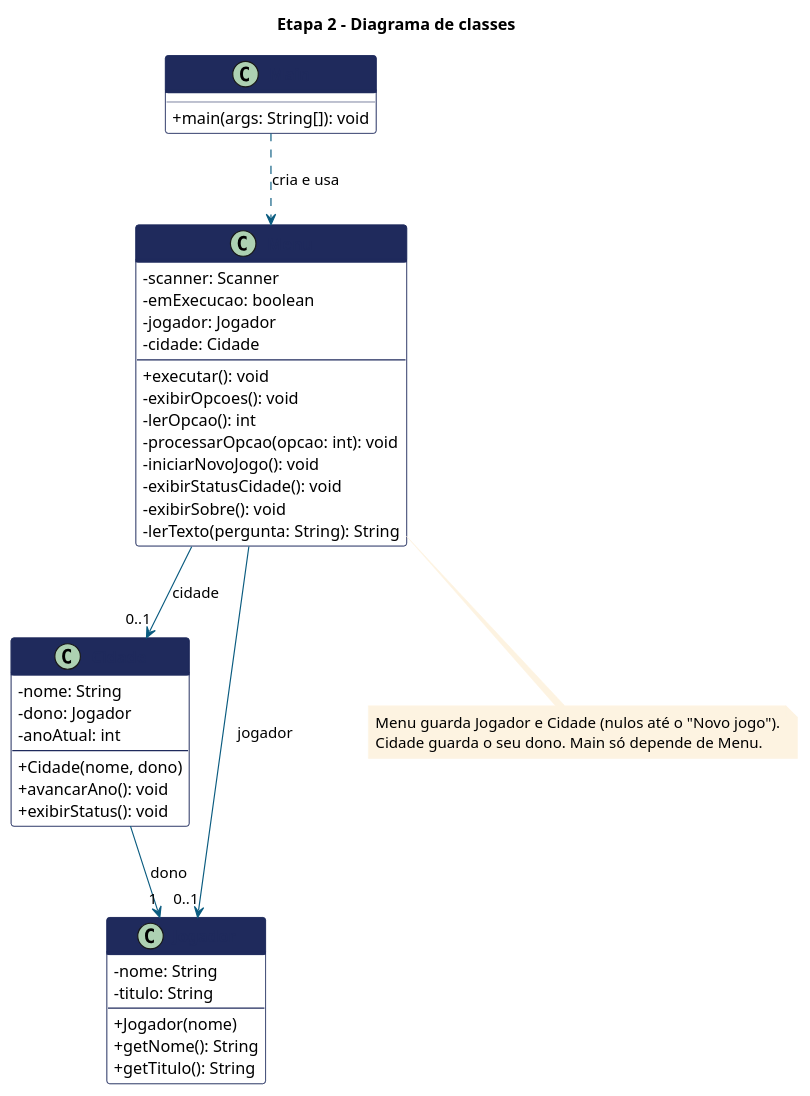
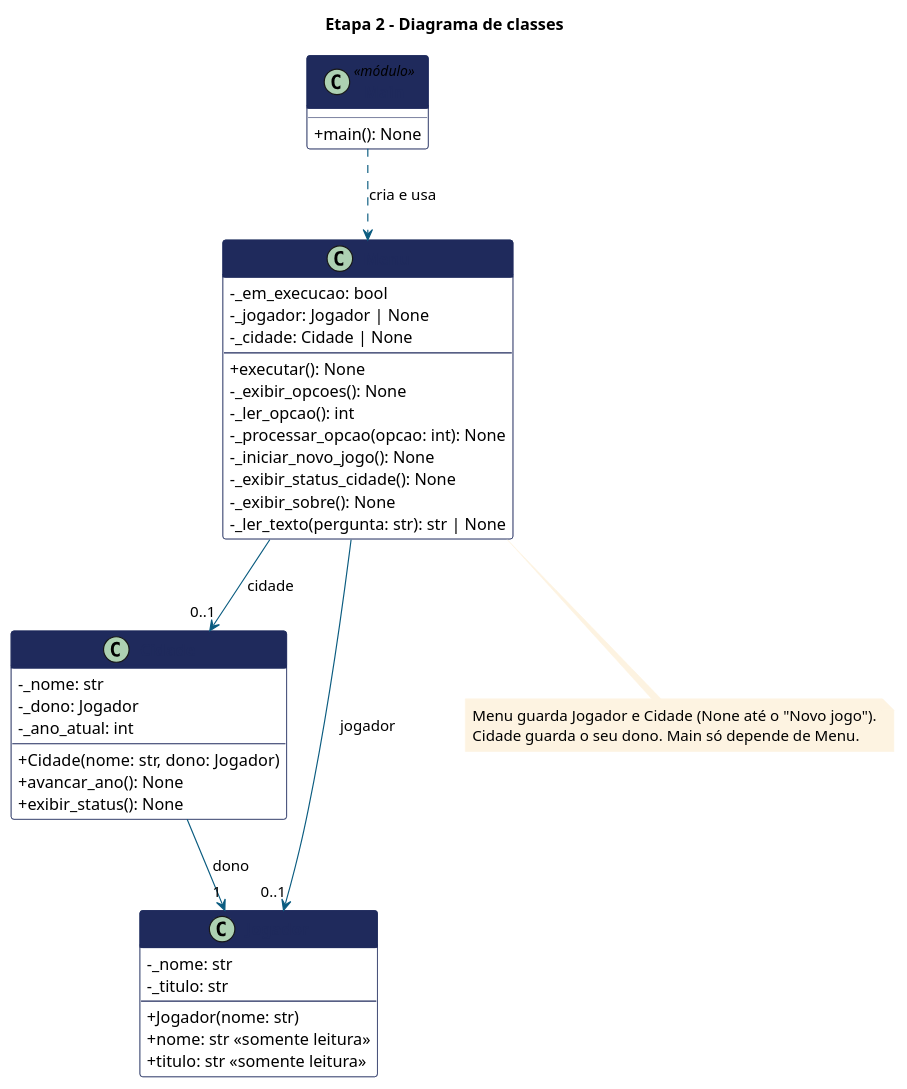
The diagram in uml/etapa2.puml (ValJr07/Bologna-Milano), drawn with PlantUML before and after one commit. The commit also changed 13 other files, not shown here.

```diff
--- a/uml/etapa2.puml
+++ b/uml/etapa2.puml
@@ -1,65 +1,64 @@
 @startuml
 skinparam classAttributeIconSize 0
 skinparam classFontStyle bold
 skinparam shadowing false
 skinparam class {
   BackgroundColor White
   BorderColor #1f2a5c
   HeaderBackgroundColor #1f2a5c
   FontColor #1f2a5c
 }
 skinparam ArrowColor #0b5c80
 skinparam NoteBackgroundColor #fdf3e1
 skinparam NoteBorderColor #fdf3e1
 
 title Etapa 2 - Diagrama de classes
 
-class Main {
-  + main(args: String[]): void
+class Main <<módulo>> {
+  + main(): None
 }
 
 class Menu {
-  - scanner: Scanner
-  - emExecucao: boolean
-  - jogador: Jogador
-  - cidade: Cidade
+  - _em_execucao: bool
+  - _jogador: Jogador | None
+  - _cidade: Cidade | None
   --
-  + executar(): void
-  - exibirOpcoes(): void
-  - lerOpcao(): int
-  - processarOpcao(opcao: int): void
-  - iniciarNovoJogo(): void
-  - exibirStatusCidade(): void
-  - exibirSobre(): void
-  - lerTexto(pergunta: String): String
+  + executar(): None
+  - _exibir_opcoes(): None
+  - _ler_opcao(): int
+  - _processar_opcao(opcao: int): None
+  - _iniciar_novo_jogo(): None
+  - _exibir_status_cidade(): None
+  - _exibir_sobre(): None
+  - _ler_texto(pergunta: str): str | None
 }
 
 class Cidade {
-  - nome: String
-  - dono: Jogador
-  - anoAtual: int
+  - _nome: str
+  - _dono: Jogador
+  - _ano_atual: int
   --
-  + Cidade(nome, dono)
-  + avancarAno(): void
-  + exibirStatus(): void
+  + Cidade(nome: str, dono: Jogador)
+  + avancar_ano(): None
+  + exibir_status(): None
 }
 
 class Jogador {
-  - nome: String
-  - titulo: String
+  - _nome: str
+  - _titulo: str
   --
-  + Jogador(nome)
-  + getNome(): String
-  + getTitulo(): String
+  + Jogador(nome: str)
+  + nome: str «somente leitura»
+  + titulo: str «somente leitura»
 }
 
 Main ..> Menu : cria e usa
 Menu --> "0..1" Cidade : cidade
 Menu --> "0..1" Jogador : jogador
 Cidade --> "1" Jogador : dono
 
 note bottom of Menu
-  Menu guarda Jogador e Cidade (nulos até o "Novo jogo").
+  Menu guarda Jogador e Cidade (None até o "Novo jogo").
   Cidade guarda o seu dono. Main só depende de Menu.
 end note
 @enduml
```
